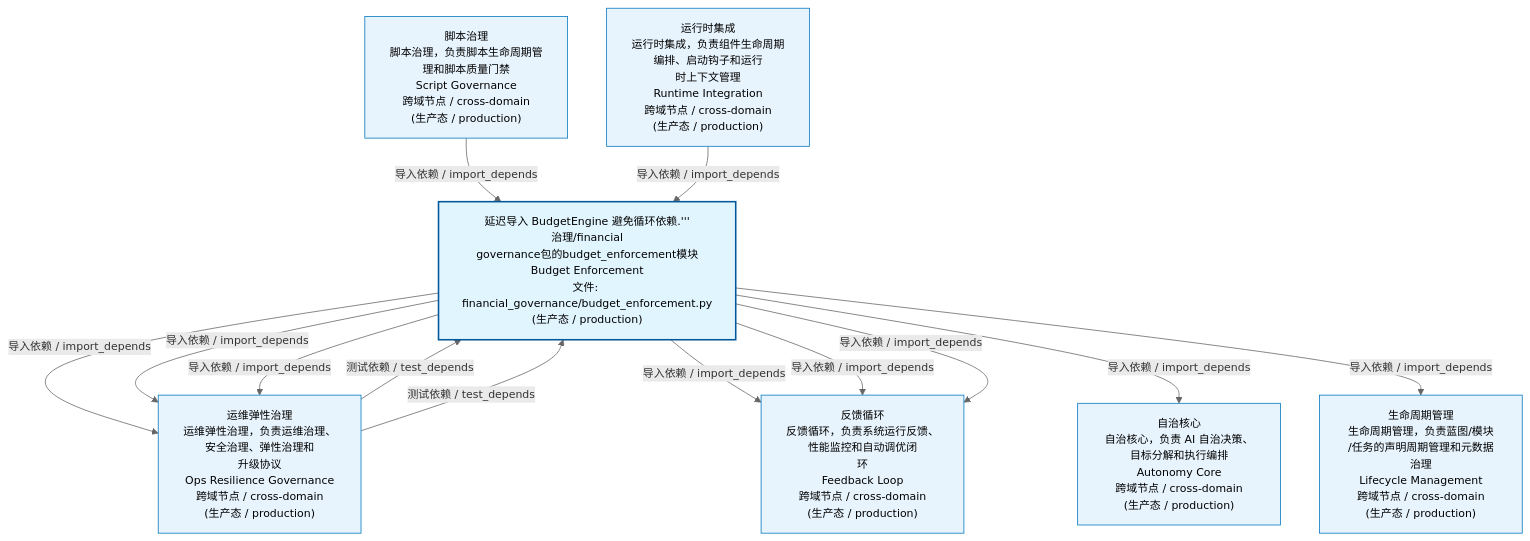
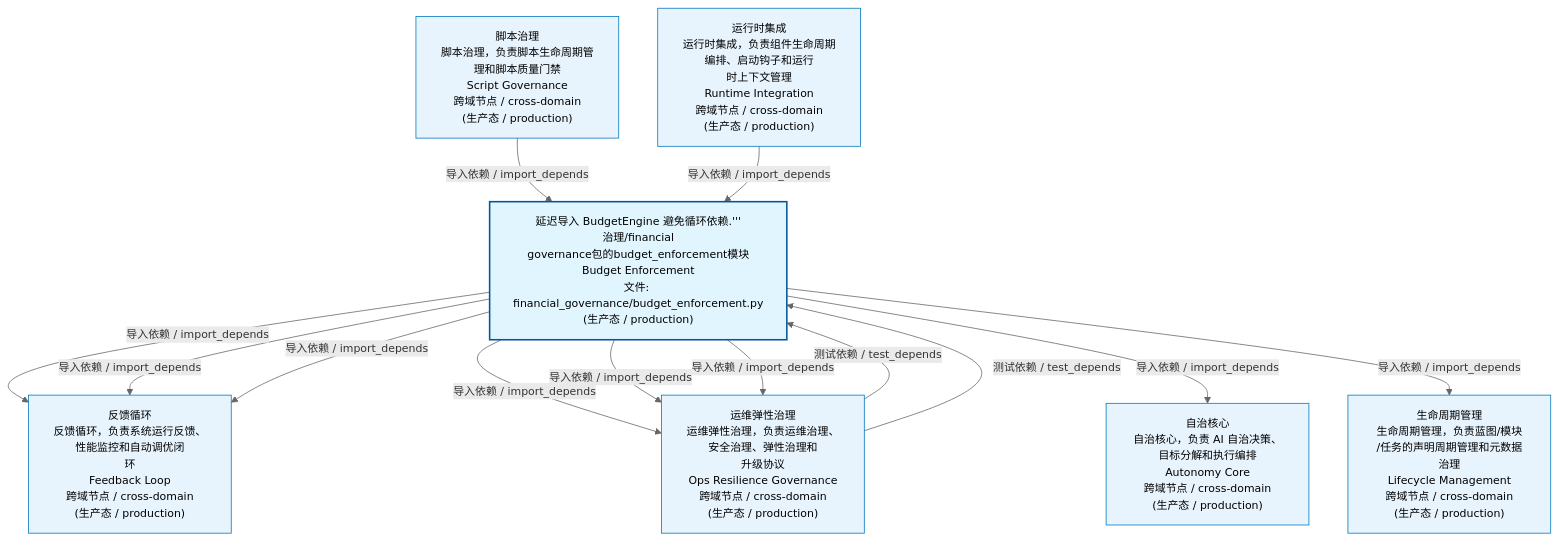
The first of 3 diagrams in docs/02_enterprise_architecture/02_domain_architecture_docs/54_d_gov_repair.md (xuanFelixVan/ZephyrAlpha), drawn with Mermaid before and after one commit. The commit also changed 49 other files, not shown here.

````diff
--- a/docs/02_enterprise_architecture/02_domain_architecture_docs/54_d_gov_repair.md
+++ b/docs/02_enterprise_architecture/02_domain_architecture_docs/54_d_gov_repair.md
@@ -53,29 +53,29 @@
 ```mermaid
 %%{init: {'theme': 'base', 'themeVariables': {'primaryColor': '#eaeaea', 'primaryTextColor': '#333333', 'primaryBorderColor': '#666666', 'lineColor': '#666666', 'secondaryColor': '#eaeaea', 'tertiaryColor': '#eaeaea', 'fontSize': '14px'}}}%%
 flowchart TD
     src_zephyr_governance_financial_governance_budget_enforcement_py["延迟导入 BudgetEngine 避免循环依赖.'''<br/>治理/financial<br/>governance包的budget_enforcement模块<br/>Budget Enforcement<br/>文件: financial_governance/budget_enforcement.py<br/>(生产态 / production)"]
+    D_OPS["反馈循环<br/>反馈循环，负责系统运行反馈、性能监控和自动调优闭<br/>环<br/>Feedback Loop<br/>跨域节点 / cross-domain<br/>(生产态 / production)"]
+    src_zephyr_governance_financial_governance_budget_enforcement_py -->|导入依赖 / import_depends| D_OPS
     D_GOV_OPS_RESILIENCE["运维弹性治理<br/>运维弹性治理，负责运维治理、安全治理、弹性治理和<br/>升级协议<br/>Ops Resilience Governance<br/>跨域节点 / cross-domain<br/>(生产态 / production)"]
     src_zephyr_governance_financial_governance_budget_enforcement_py -->|导入依赖 / import_depends| D_GOV_OPS_RESILIENCE
-    D_OPS["反馈循环<br/>反馈循环，负责系统运行反馈、性能监控和自动调优闭<br/>环<br/>Feedback Loop<br/>跨域节点 / cross-domain<br/>(生产态 / production)"]
     src_zephyr_governance_financial_governance_budget_enforcement_py -->|导入依赖 / import_depends| D_OPS
     src_zephyr_governance_financial_governance_budget_enforcement_py -->|导入依赖 / import_depends| D_GOV_OPS_RESILIENCE
-    src_zephyr_governance_financial_governance_budget_enforcement_py -->|导入依赖 / import_depends| D_OPS
     src_zephyr_governance_financial_governance_budget_enforcement_py -->|导入依赖 / import_depends| D_GOV_OPS_RESILIENCE
     src_zephyr_governance_financial_governance_budget_enforcement_py -->|导入依赖 / import_depends| D_OPS
     D_AUTONOMY_CORE["自治核心<br/>自治核心，负责 AI 自治决策、目标分解和执行编排<br/>Autonomy Core<br/>跨域节点 / cross-domain<br/>(生产态 / production)"]
     src_zephyr_governance_financial_governance_budget_enforcement_py -->|导入依赖 / import_depends| D_AUTONOMY_CORE
     D_GOVERNANCE["生命周期管理<br/>生命周期管理，负责蓝图/模块<br/>/任务的声明周期管理和元数据治理<br/>Lifecycle Management<br/>跨域节点 / cross-domain<br/>(生产态 / production)"]
     src_zephyr_governance_financial_governance_budget_enforcement_py -->|导入依赖 / import_depends| D_GOVERNANCE
+    D_GOV_OPS_RESILIENCE -->|测试依赖 / test_depends| src_zephyr_governance_financial_governance_budget_enforcement_py
     D_GOV_SCRIPTS["脚本治理<br/>脚本治理，负责脚本生命周期管理和脚本质量门禁<br/>Script Governance<br/>跨域节点 / cross-domain<br/>(生产态 / production)"]
     D_GOV_SCRIPTS -->|导入依赖 / import_depends| src_zephyr_governance_financial_governance_budget_enforcement_py
-    D_GOV_OPS_RESILIENCE -->|测试依赖 / test_depends| src_zephyr_governance_financial_governance_budget_enforcement_py
-    D_GOV_OPS_RESILIENCE -->|测试依赖 / test_depends| src_zephyr_governance_financial_governance_budget_enforcement_py
     D_INFRA_RUNTIME["运行时集成<br/>运行时集成，负责组件生命周期编排、启动钩子和运行<br/>时上下文管理<br/>Runtime Integration<br/>跨域节点 / cross-domain<br/>(生产态 / production)"]
     D_INFRA_RUNTIME -->|导入依赖 / import_depends| src_zephyr_governance_financial_governance_budget_enforcement_py
+    D_GOV_OPS_RESILIENCE -->|测试依赖 / test_depends| src_zephyr_governance_financial_governance_budget_enforcement_py
     classDef production fill:#e1f5fe,stroke:#01579b,stroke-width:2px,color:#000
     classDef design fill:#fff3e0,stroke:#e65100,stroke-width:2px,color:#000,stroke-dasharray: 5 5
     classDef external_prod fill:#e8f4fd,stroke:#0277bd,stroke-width:1px,color:#000
     classDef external_design fill:#fff8e7,stroke:#ef6c00,stroke-width:1px,color:#000,stroke-dasharray: 5 5
     class src_zephyr_governance_financial_governance_budget_enforcement_py production
-    class D_GOV_OPS_RESILIENCE,D_OPS,D_AUTONOMY_CORE,D_GOVERNANCE,D_GOV_SCRIPTS,D_INFRA_RUNTIME external_prod
+    class D_OPS,D_GOV_OPS_RESILIENCE,D_AUTONOMY_CORE,D_GOVERNANCE,D_GOV_SCRIPTS,D_INFRA_RUNTIME external_prod
 ```
````
